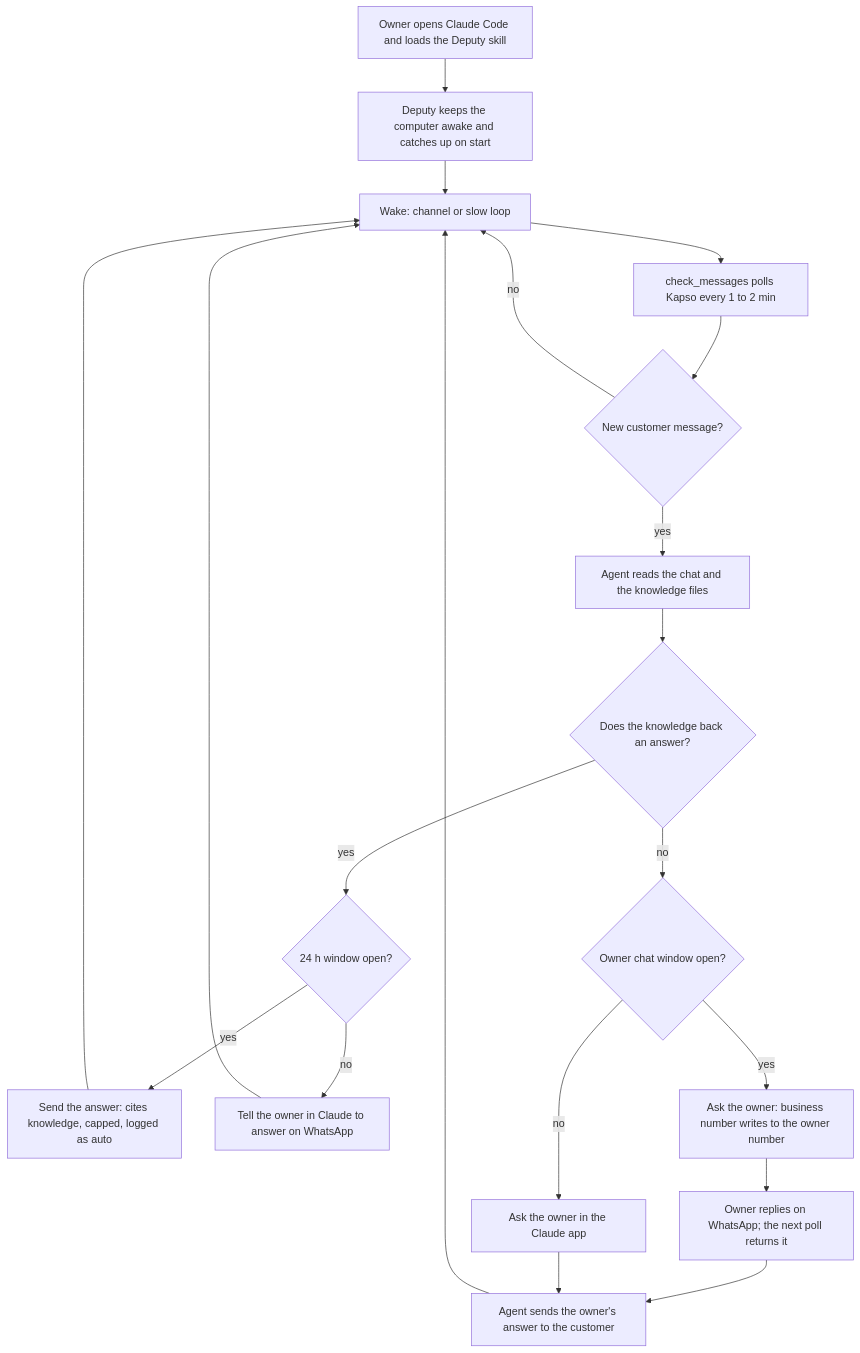
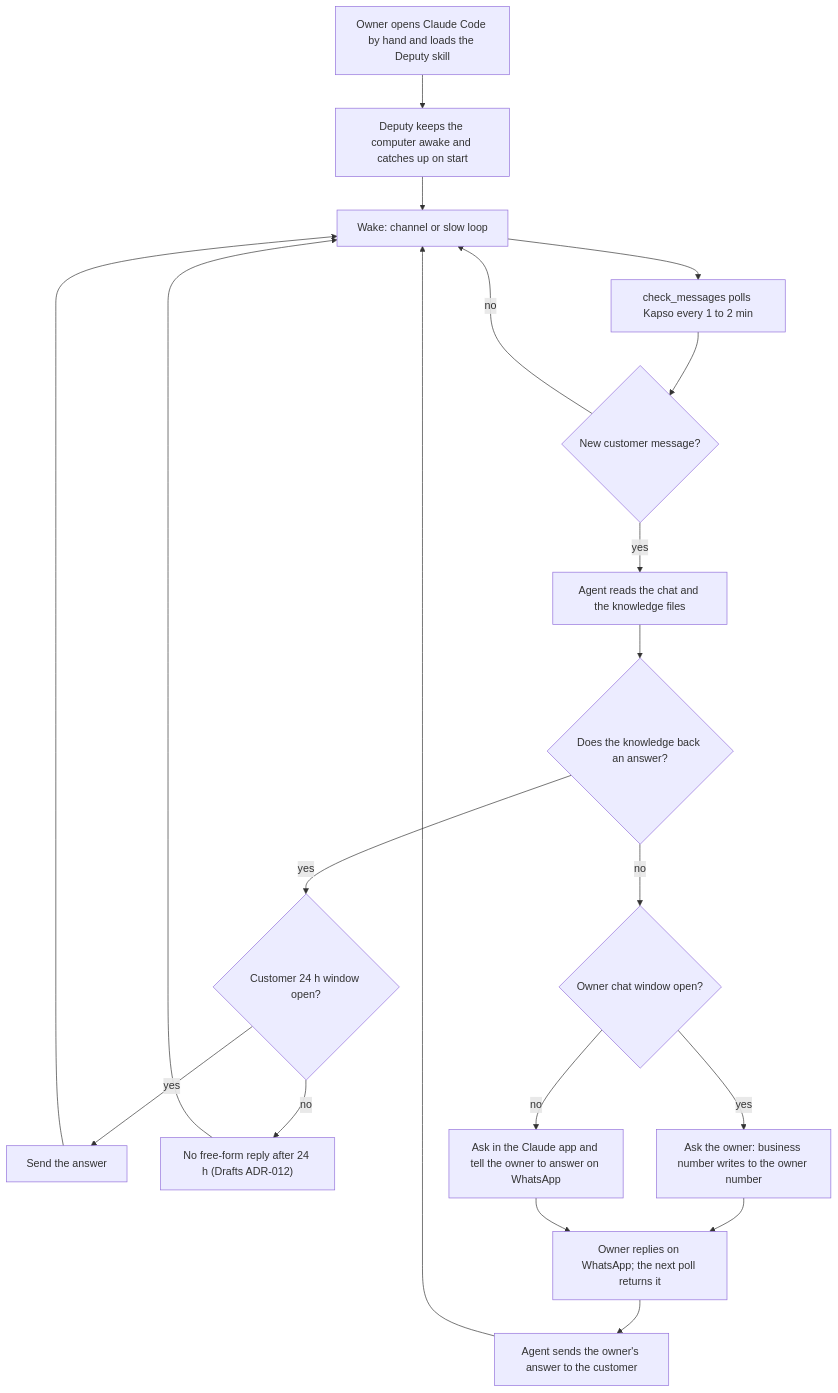
One commit to antonygiomarxdev/deputy changed the diagram in docs/PRODUCT.md. Above: the diagram before and after it, drawn with Mermaid. The commit also changed other lines of this file and 2 other files, not shown here.

Commit message:
docs: fold the owner's rulings into REQ-15 and mark the cap, kill switch and auto log as proposed

````diff
--- a/docs/PRODUCT.md
+++ b/docs/PRODUCT.md
@@ -80,22 +80,22 @@
 ```mermaid
 flowchart TD
-  A["Owner opens Claude Code and loads the Deputy skill"] --> B["Deputy keeps the computer awake and catches up on start"]
+  A["Owner opens Claude Code by hand and loads the Deputy skill"] --> B["Deputy keeps the computer awake and catches up on start"]
   B --> C["Wake: channel or slow loop"]
   C --> D["check_messages polls Kapso every 1 to 2 min"]
   D --> E{"New customer message?"}
   E -- no --> C
   E -- yes --> F["Agent reads the chat and the knowledge files"]
   F --> G{"Does the knowledge back an answer?"}
-  G -- yes --> H{"24 h window open?"}
-  H -- yes --> I["Send the answer: cites knowledge, capped, logged as auto"]
-  H -- no --> J["Tell the owner in Claude to answer on WhatsApp"]
+  G -- yes --> H{"Customer 24 h window open?"}
+  H -- yes --> I["Send the answer"]
+  H -- no --> J["No free-form reply after 24 h (Drafts ADR-012)"]
   G -- no --> K{"Owner chat window open?"}
   K -- yes --> L["Ask the owner: business number writes to the owner number"]
-  K -- no --> M["Ask the owner in the Claude app"]
+  K -- no --> M["Ask in the Claude app and tell the owner to answer on WhatsApp"]
   L --> N["Owner replies on WhatsApp; the next poll returns it"]
   N --> P["Agent sends the owner's answer to the customer"]
-  M --> P
+  M --> N
   I --> C
   J --> C
   P --> C
 ```
````
